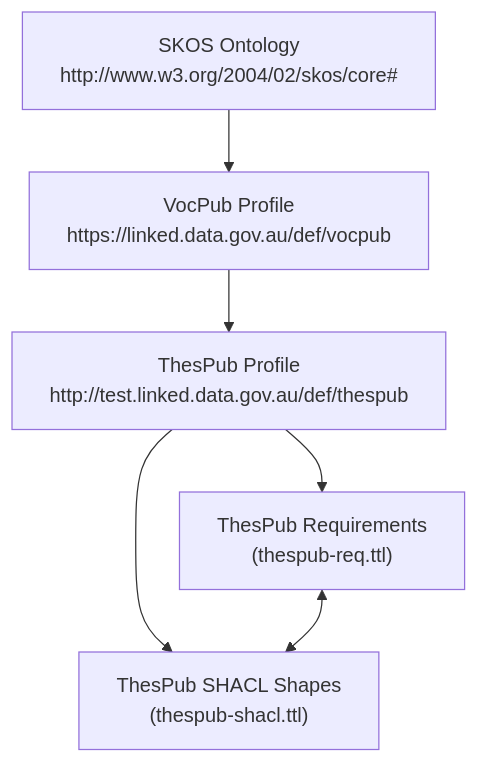
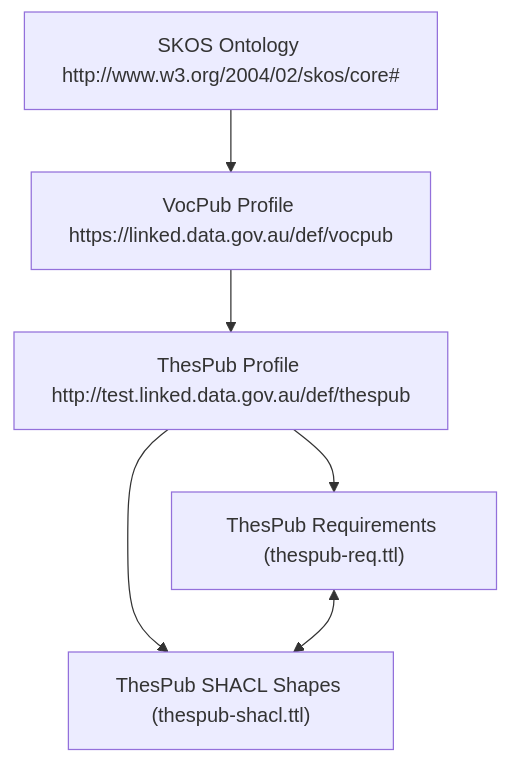
The diagram in README.md (leskneebone/thespub), drawn with Mermaid before and after one commit.

````diff
--- a/README.md
+++ b/README.md
@@ -40,18 +23,18 @@
 ```mermaid
 graph TD
 
-SKOS["SKOS Ontology\nhttp://www.w3.org/2004/02/skos/core#"]
-VOC["VocPub Profile\nhttps://linked.data.gov.au/def/vocpub"]
-THES["ThesPub Profile\nhttp://test.linked.data.gov.au/def/thespub"]
+SKOS["SKOS Ontology http://www.w3.org/2004/02/skos/core#"]
+VOC["VocPub Profile https://linked.data.gov.au/def/vocpub"]
+THES["ThesPub Profile http://test.linked.data.gov.au/def/thespub"]
 
-REQ["ThesPub Requirements\n(thespub-req.ttl)"]
-SHACL["ThesPub SHACL Shapes\n(thespub-shacl.ttl)"]
+REQ["ThesPub Requirements (thespub-req.ttl)"]
+SHACL["ThesPub SHACL Shapes (thespub-shacl.ttl)"]
 
 SKOS --> VOC
 VOC --> THES
 
 THES --> REQ
 THES --> SHACL
 
 REQ <--> SHACL
 ```
````
